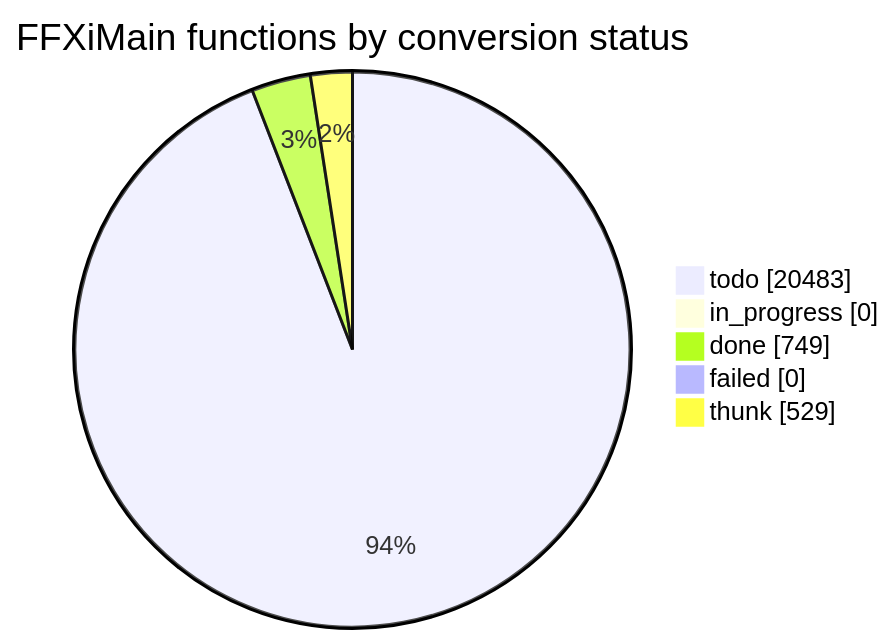
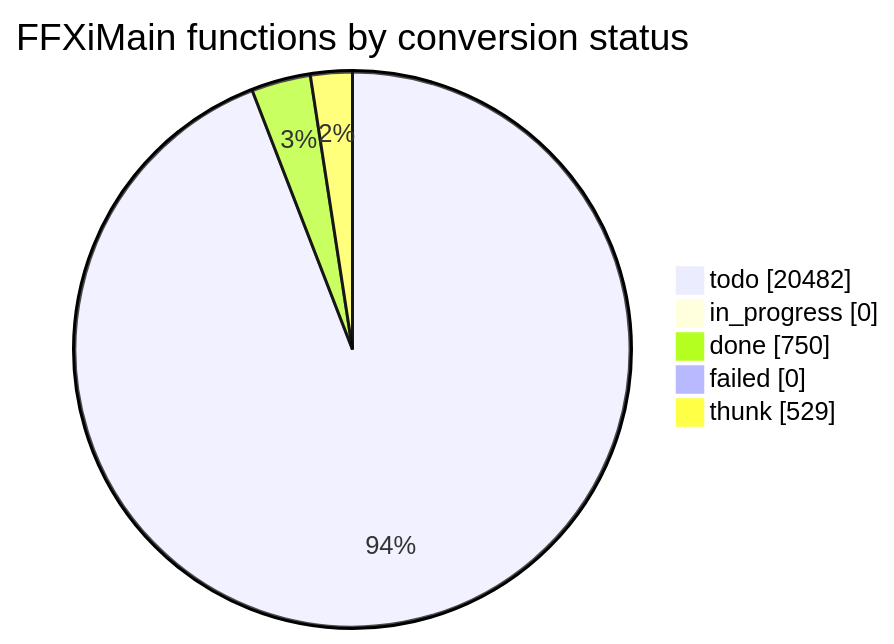
One commit to cowrevenge/cow_kuluu_xi_anything changed the diagram in docs/cow/STATUS.md. Above: the diagram before and after it, drawn with Mermaid. The commit also changed other lines of this file and 9 other files, not shown here.

````diff
--- a/docs/cow/STATUS.md
+++ b/docs/cow/STATUS.md
@@ -18,9 +18,9 @@
 ```mermaid
 pie showData
     title FFXiMain functions by conversion status
-    "todo" : 20483
+    "todo" : 20482
     "in_progress" : 0
-    "done" : 749
+    "done" : 750
     "failed" : 0
     "thunk" : 529
 ```
````
